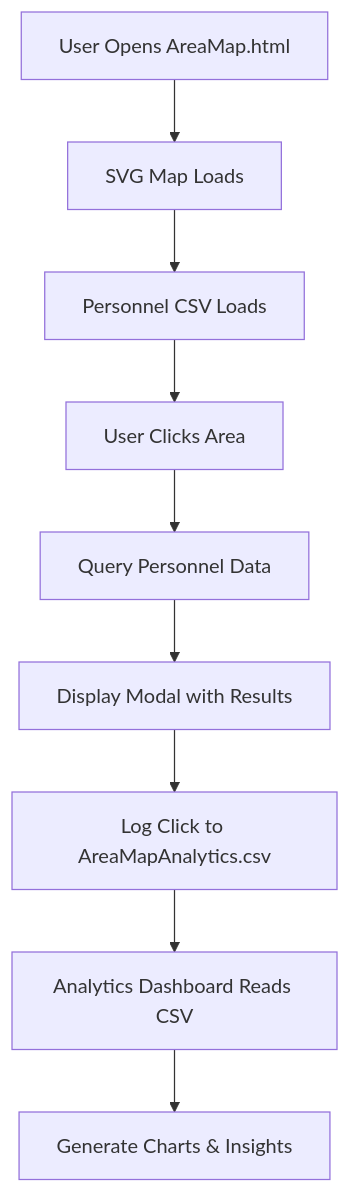
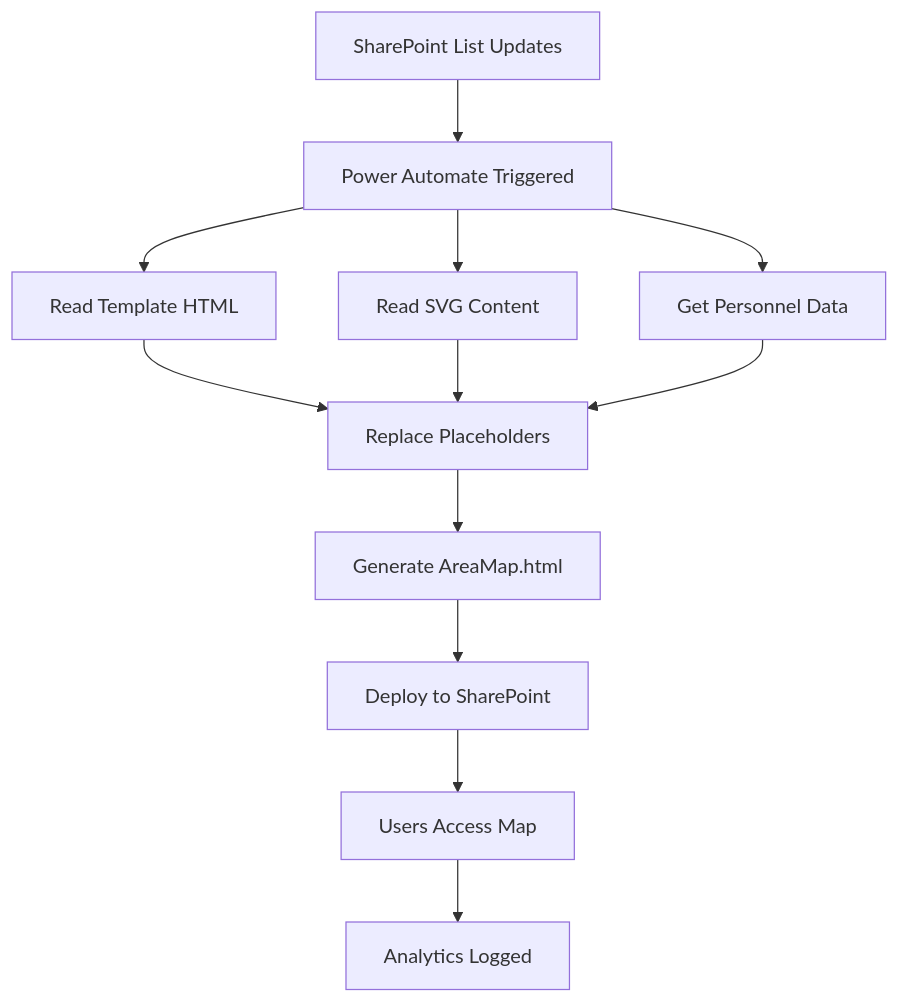
Before and after one commit to bubune99/sharepoint-interactive-area-map: the diagram in documentation/01-system-architecture.md, drawn with Mermaid. The commit also changed other lines of this file and 57 other files, not shown here.

Commit message:
Major project reorganization: move legacy files to legacy directory, update documentation, and add PowerAutomate template

````diff
--- a/documentation/01-system-architecture.md
+++ b/documentation/01-system-architecture.md
@@ -9,11 +9,14 @@
 ```mermaid
 graph TD
-    A[User Opens AreaMap.html] --> B[SVG Map Loads]
-    B --> C[Personnel CSV Loads]
-    C --> D[User Clicks Area]
-    D --> E[Query Personnel Data]
-    E --> F[Display Modal with Results]
-    F --> G[Log Click to AreaMapAnalytics.csv]
-    G --> H[Analytics Dashboard Reads CSV]
-    H --> I[Generate Charts & Insights]
+    A[SharePoint List Updates] --> B[Power Automate Triggered]
+    B --> C[Read Template HTML]
+    B --> D[Read SVG Content]
+    B --> E[Get Personnel Data]
+    C --> F[Replace Placeholders]
+    D --> F
+    E --> F
+    F --> G[Generate AreaMap.html]
+    G --> H[Deploy to SharePoint]
+    H --> I[Users Access Map]
+    I --> J[Analytics Logged]
 ```
````
